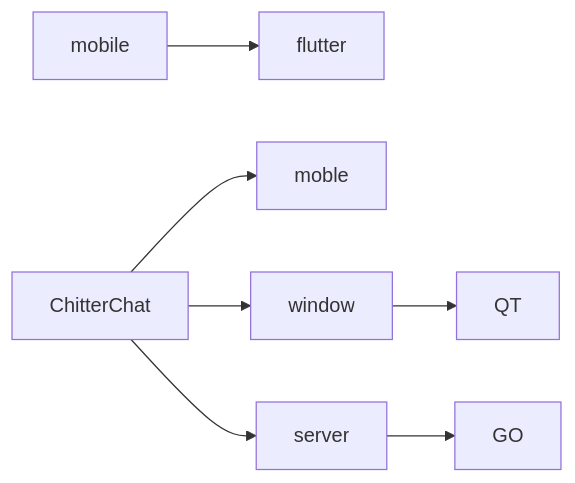
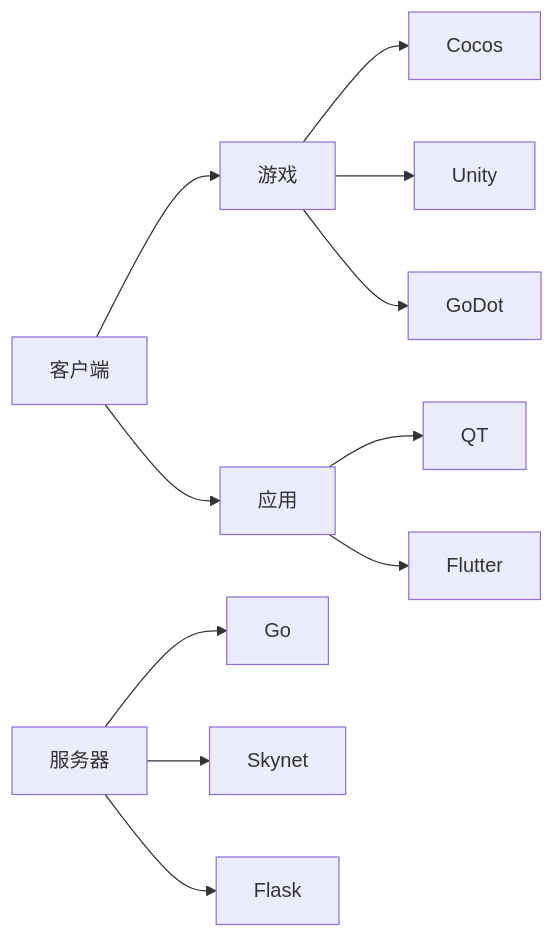
The diagram in README.md (wfxx/wfxx), drawn with Mermaid before and after one commit. The commit also changed other lines of this file, not shown here.

````diff
--- a/README.md
+++ b/README.md
@@ -3,9 +3,13 @@
 ```mermaid
 graph LR
-ChitterChat-->moble
-mobile-->flutter
-ChitterChat-->window
-window-->QT
-ChitterChat-->server
-server-->GO
+客户端-->游戏
+游戏-->Cocos
+游戏-->Unity
+游戏-->GoDot
+客户端-->应用
+应用-->QT
+应用-->Flutter
+服务器-->Go
+服务器-->Skynet
+服务器-->Flask
 ```
````
